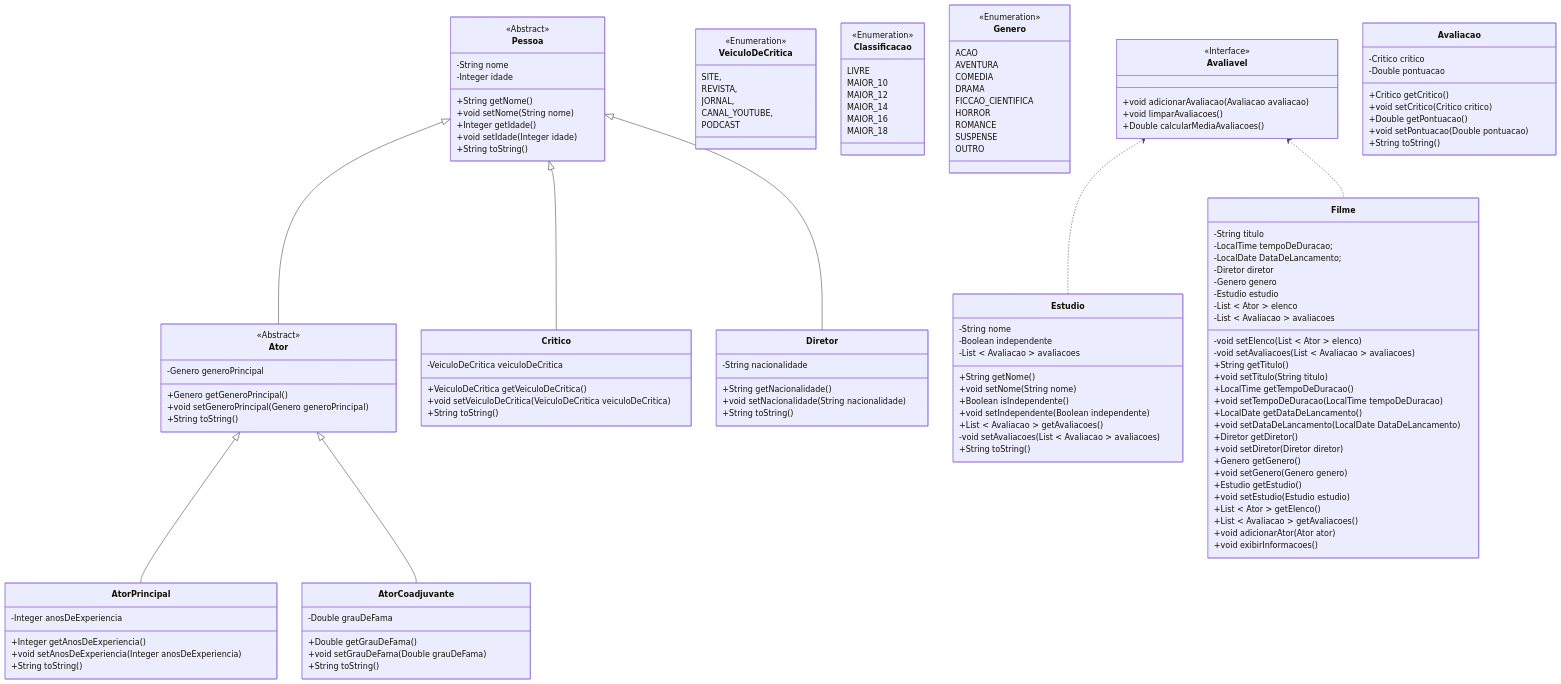
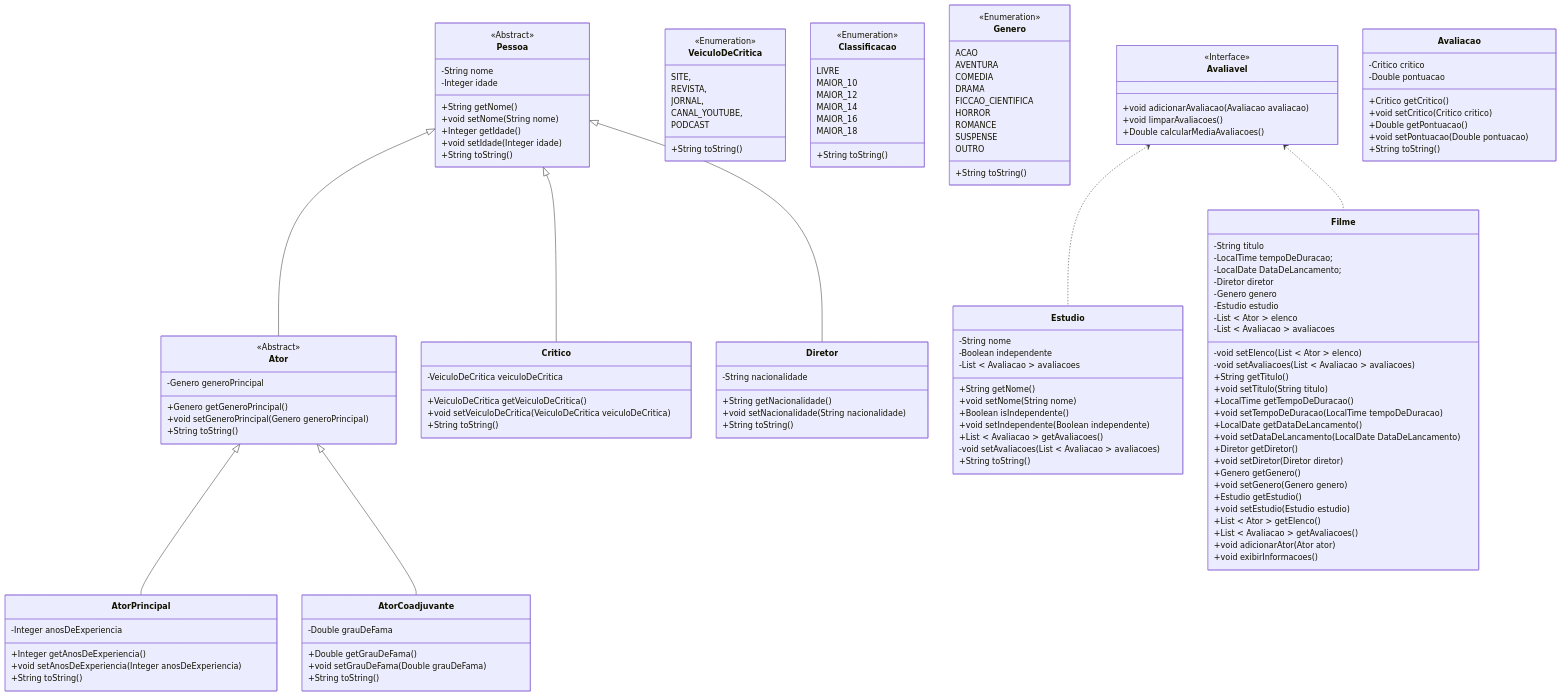
Before and after one commit to heltonricardo/enunciados-exercicios-java: the diagram in exercicio-003/versao-001/README.md, drawn with Mermaid.

Commit message:
exercicio 3-1

````diff
--- a/exercicio-003/versao-001/README.md
+++ b/exercicio-003/versao-001/README.md
@@ -44,6 +44,7 @@
   JORNAL,
   CANAL_YOUTUBE,
   PODCAST
+  +String toString()
 }
 
 class Classificacao {
@@ -54,6 +55,7 @@
   MAIOR_14
   MAIOR_16
   MAIOR_18
+  +String toString()
 }
 
 class Genero {
@@ -67,6 +69,7 @@
   ROMANCE
   SUSPENSE
   OUTRO
+  +String toString()
 }
 
 class Ator {
@@ -173,5 +176,4 @@
 
 Avaliavel <.. Estudio
 Avaliavel <.. Filme
-
 ```
````
